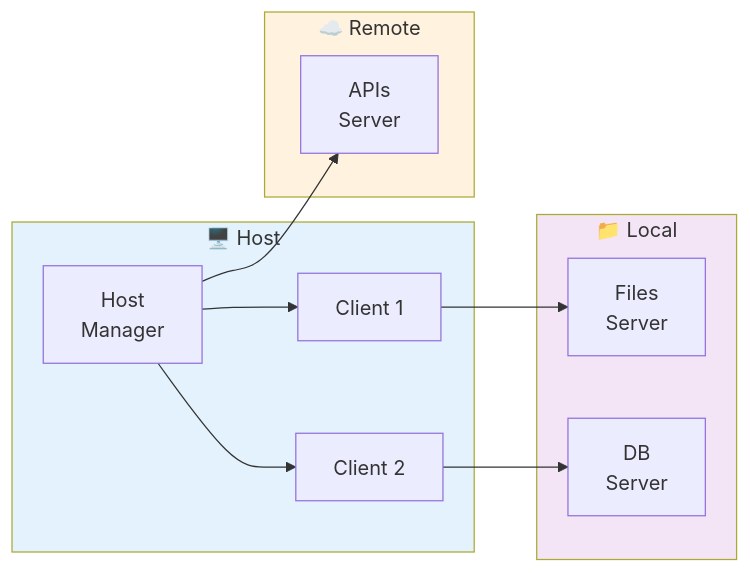
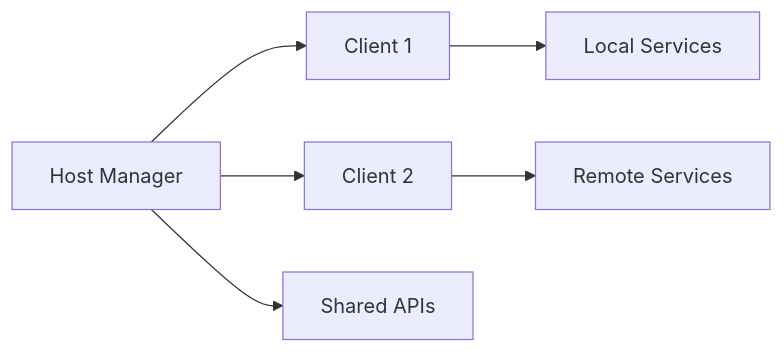
One commit to Algiras/vs-zinios-conference-2025-11-18 changed the ninth of 13 diagrams in slides/presentation.md. Above: the diagram before and after it, drawn with Mermaid. The commit also changed other lines of this file and 18 other files, not shown here.

````diff
--- a/slides/presentation.md
+++ b/slides/presentation.md
@@ -418,26 +719,8 @@
 ```mermaid
 graph LR
-  subgraph Host["🖥️ Host"]
-    H["Host<br/>Manager"]
-    C1["Client 1"]
-    C2["Client 2"]
-    H --> C1
-    H --> C2
-  end
-
-  subgraph Local["📁 Local"]
-    S1["Files<br/>Server"]
-    S2["DB<br/>Server"]
-    C1 --> S1
-    C2 --> S2
-  end
-
-  subgraph Remote["☁️ Remote"]
-    S3["APIs<br/>Server"]
-    H --> S3
-  end
-  
-  style Host fill:#e3f2fd
-  style Local fill:#f3e5f5
-  style Remote fill:#fff3e0
+    H[Host Manager] --> C1[Client 1]
+    H --> C2[Client 2]
+    C1 --> S1[Local Services]
+    C2 --> S2[Remote Services]
+    H --> S3[Shared APIs]
 ```
````
